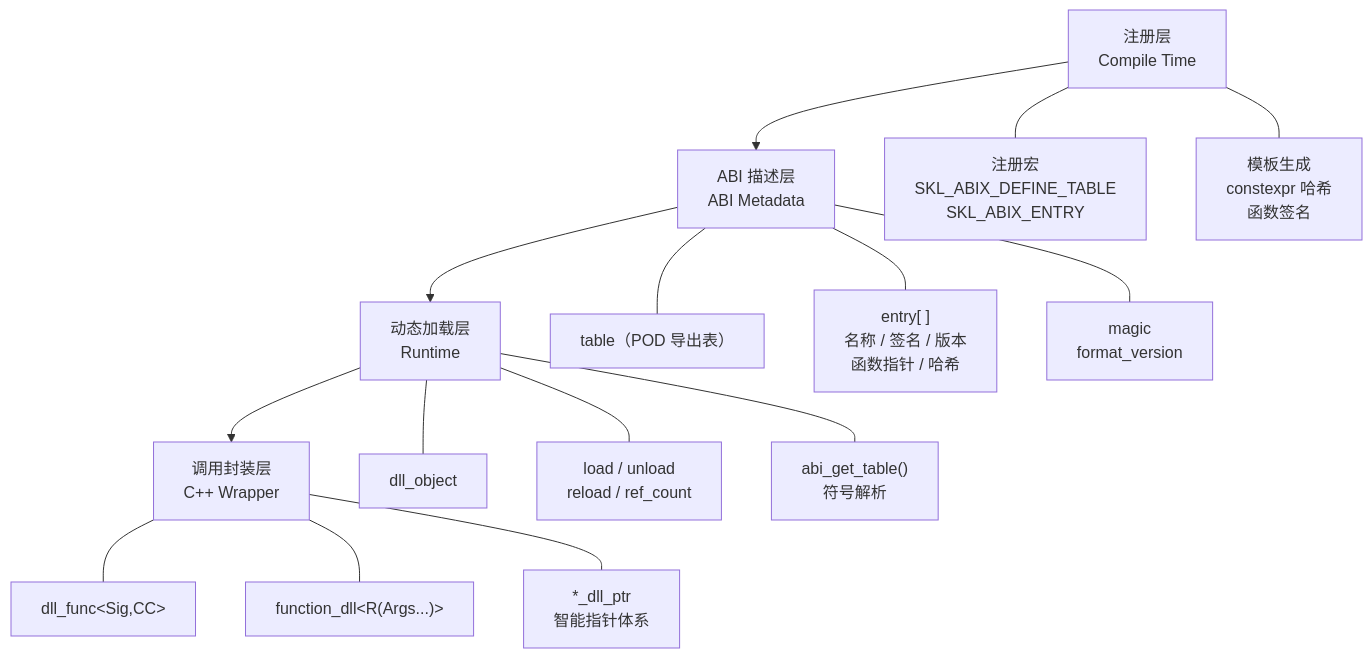
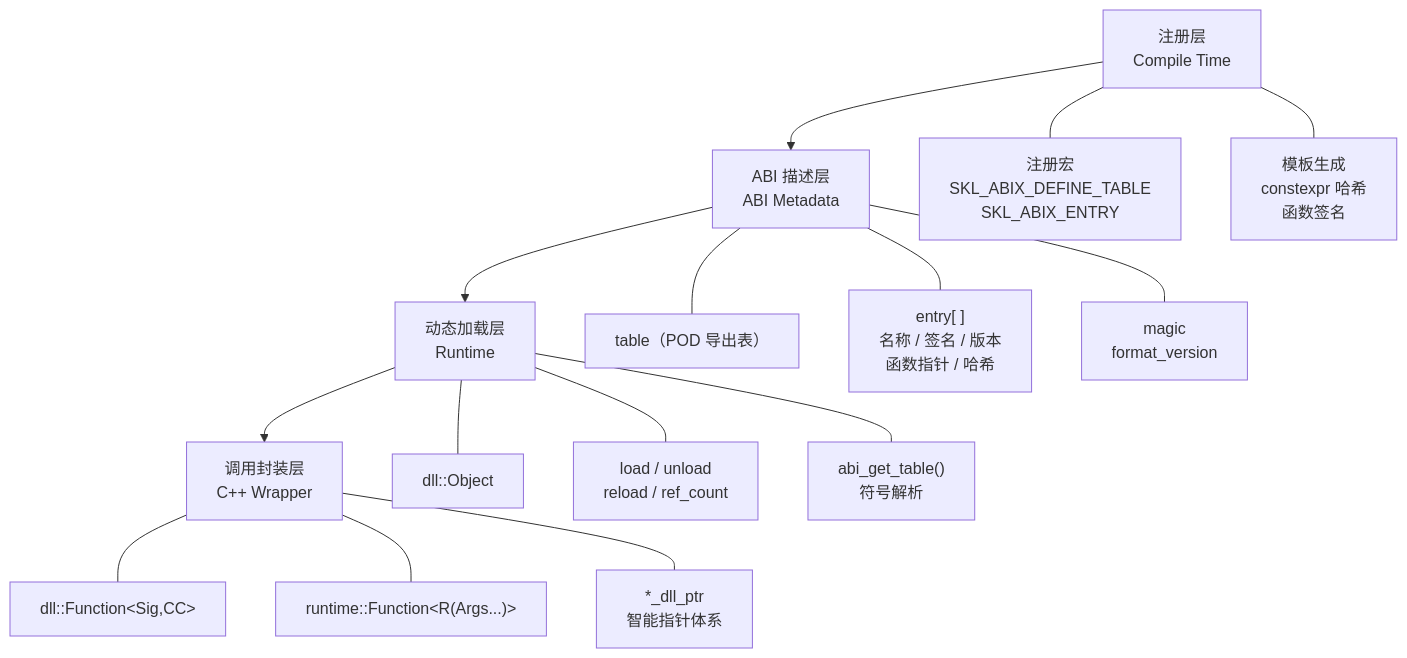
One commit to Sukanle/ABIX changed the diagram in docs/abix/api_zh.md. Above: the diagram before and after it, drawn with Mermaid. The commit also changed other lines of this file and 262 other files, not shown here.

````diff
--- a/docs/abix/api_zh.md
+++ b/docs/abix/api_zh.md
@@ -32,35 +32,35 @@
 ```mermaid
 flowchart TB
 
     A["注册层<br/>Compile Time"]
 
     B["ABI 描述层<br/>ABI Metadata"]
 
     C["动态加载层<br/>Runtime"]
 
     D["调用封装层<br/>C++ Wrapper"]
 
     A --> B --> C --> D
 
     A --- A1["注册宏<br/>SKL_ABIX_DEFINE_TABLE<br/>SKL_ABIX_ENTRY"]
 
     A --- A2["模板生成<br/>constexpr 哈希<br/>函数签名"]
 
     B --- B1["table（POD 导出表）"]
 
     B --- B2["entry[ ]<br/>名称 / 签名 / 版本<br/>函数指针 / 哈希"]
 
     B --- B3["magic<br/>format_version"]
 
-    C --- C1["dll_object"]
+    C --- C1["dll::Object"]
 
     C --- C2["load / unload<br/>reload / ref_count"]
 
     C --- C3["abi_get_table()<br/>符号解析"]
 
-    D --- D1["dll_func&lt;Sig,CC&gt;"]
+    D --- D1["dll::Function&lt;Sig,CC&gt;"]
 
-    D --- D2["function_dll&lt;R(Args...)&gt;"]
+    D --- D2["runtime::Function&lt;R(Args...)&gt;"]
 
     D --- D3["*_dll_ptr<br/>智能指针体系"]
 ```
````
